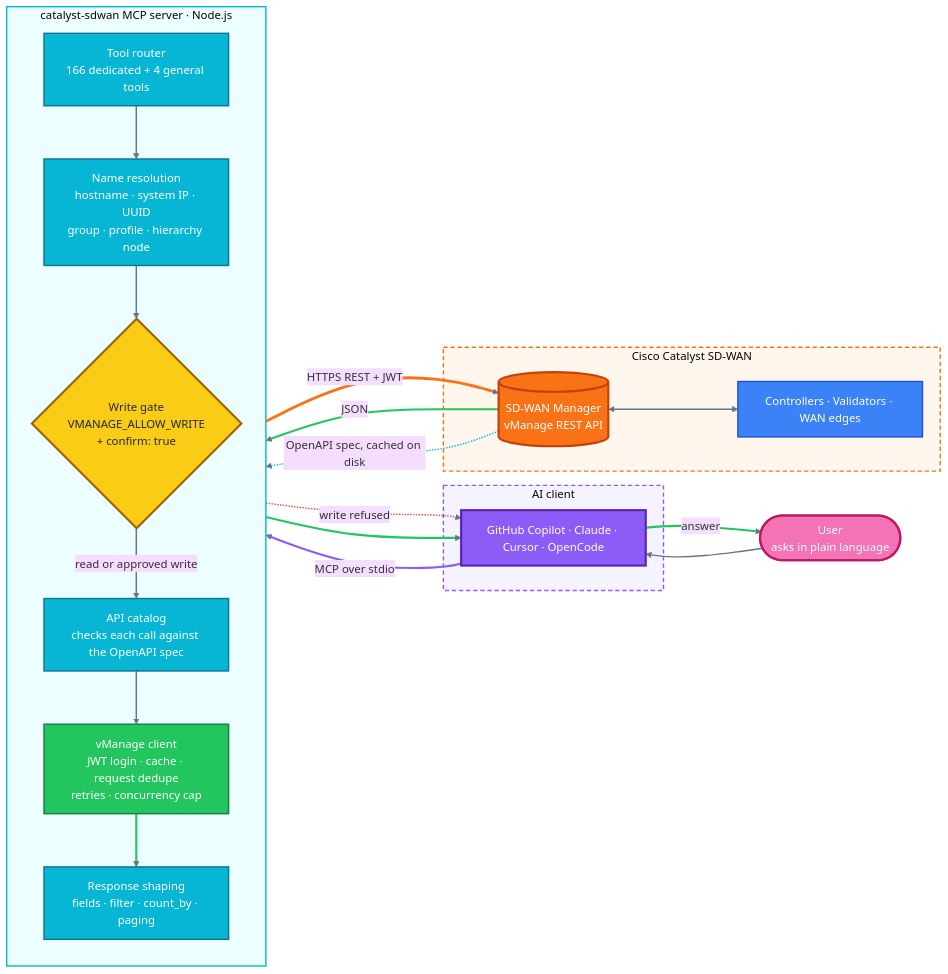
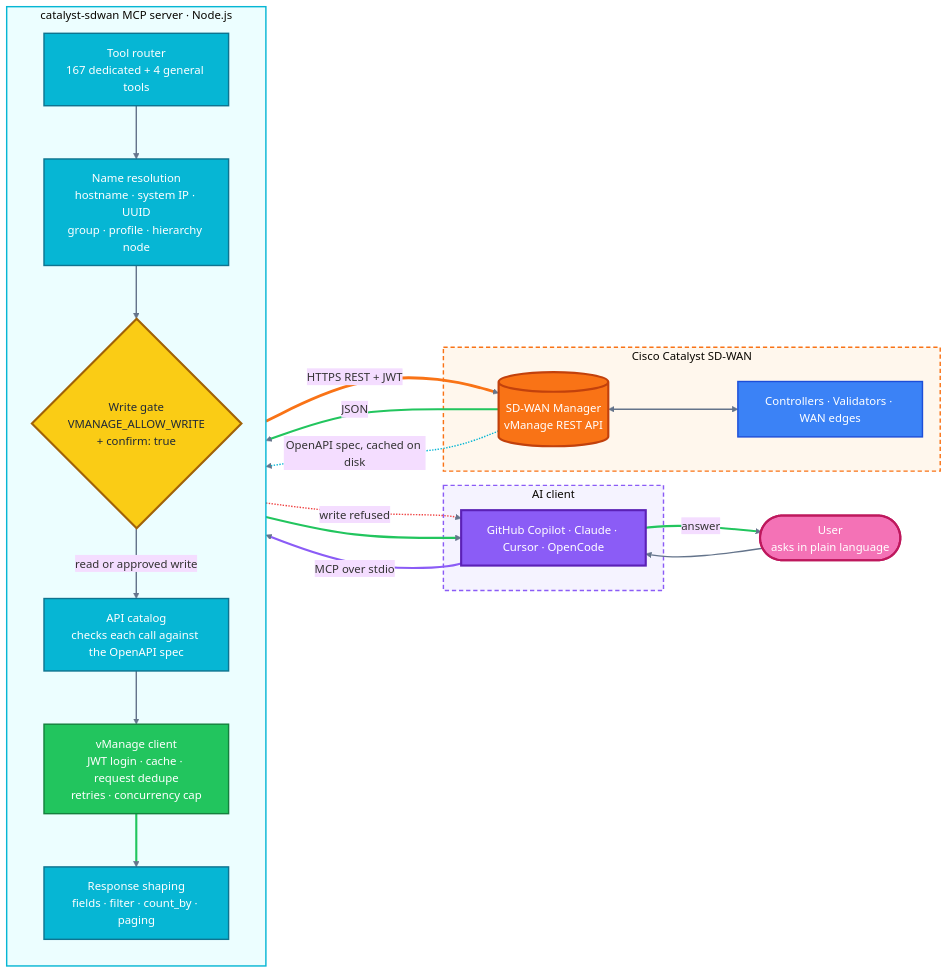
One commit to waqasdaar/cisco-catalyst-sdwan-mcp changed the diagram in README.md. Above: the diagram before and after it, drawn with Mermaid (base theme). The commit also changed other lines of this file and 3 other files, not shown here.

````diff
--- a/README.md
+++ b/README.md
@@ -35,61 +36,61 @@
 ```mermaid
 flowchart LR
   U(["User<br/>asks in plain language"])
 
   subgraph CLIENT["AI client"]
     A["GitHub Copilot · Claude · Cursor · OpenCode"]
   end
 
   subgraph MCP["catalyst-sdwan MCP server · Node.js"]
     direction TB
-    T["Tool router<br/>166 dedicated + 4 general tools"]
+    T["Tool router<br/>167 dedicated + 4 general tools"]
     R["Name resolution<br/>hostname · system IP · UUID<br/>group · profile · hierarchy node"]
     G{"Write gate<br/>VMANAGE_ALLOW_WRITE<br/>+ confirm: true"}
     C["API catalog<br/>checks each call against the OpenAPI spec"]
     V["vManage client<br/>JWT login · cache · request dedupe<br/>retries · concurrency cap"]
     S["Response shaping<br/>fields · filter · count_by · paging"]
   end
 
   subgraph SDWAN["Cisco Catalyst SD-WAN"]
     M[("SD-WAN Manager<br/>vManage REST API")]
     D["Controllers · Validators · WAN edges"]
   end
 
   U --> A
   A -- "MCP over stdio" --> T
   T --> R --> G
   G -- "read or approved write" --> C --> V
   G -. "write refused" .-> A
   V == "HTTPS REST + JWT" ==> M
   M <--> D
   M -- "JSON" --> V --> S --> A
   A -- "answer" --> U
   M -. "OpenAPI spec, cached on disk" .-> C
 
   classDef user fill:#f472b6,stroke:#be185d,stroke-width:3px,color:#fff
   classDef client fill:#8b5cf6,stroke:#5b21b6,stroke-width:3px,color:#fff
   classDef core fill:#06b6d4,stroke:#0e7490,stroke-width:2px,color:#fff
   classDef gate fill:#facc15,stroke:#a16207,stroke-width:3px,color:#1f2937
   classDef net fill:#22c55e,stroke:#15803d,stroke-width:2px,color:#fff
   classDef mgr fill:#f97316,stroke:#c2410c,stroke-width:3px,color:#fff
   classDef dev fill:#3b82f6,stroke:#1d4ed8,stroke-width:2px,color:#fff
 
   class U user
   class A client
   class T,R,C,S core
   class G gate
   class V net
   class M mgr
   class D dev
 
   style CLIENT fill:#f5f3ff,stroke:#8b5cf6,stroke-width:2px,stroke-dasharray:6 4
   style MCP fill:#ecfeff,stroke:#06b6d4,stroke-width:2px
   style SDWAN fill:#fff7ed,stroke:#f97316,stroke-width:2px,stroke-dasharray:6 4
 
   linkStyle default stroke:#64748b,stroke-width:2px
   linkStyle 1 stroke:#8b5cf6,stroke-width:3px
   linkStyle 6 stroke:#ef4444,stroke-width:2px
   linkStyle 7 stroke:#f97316,stroke-width:4px
   linkStyle 9,10,11,12 stroke:#22c55e,stroke-width:3px
   linkStyle 13 stroke:#06b6d4,stroke-width:2px
 ```
````
